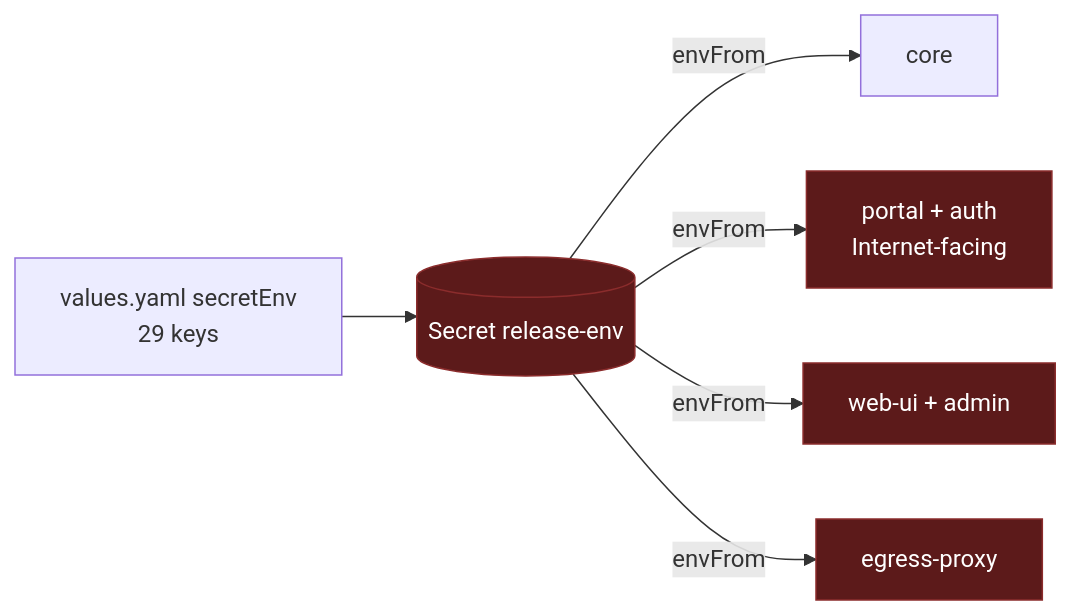
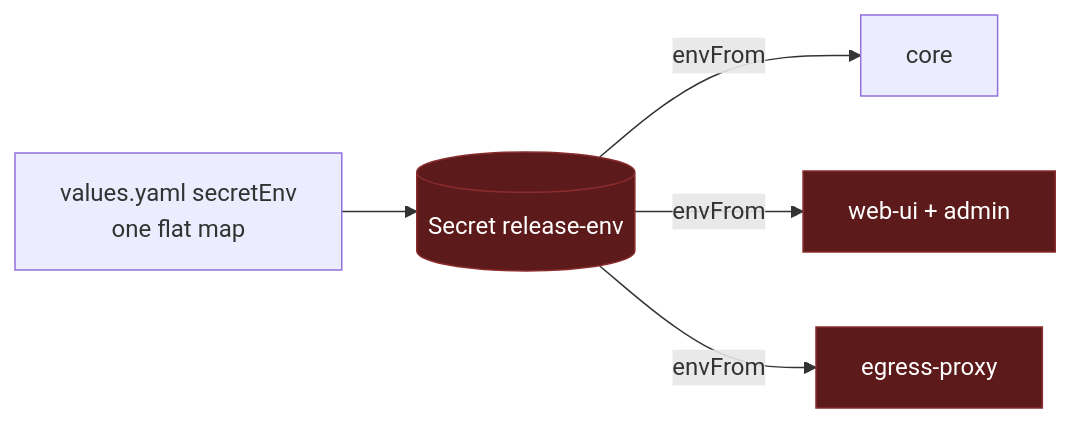
The first of 2 diagrams in docs/helm-per-service-secrets.md (agentsky/qm), drawn with Mermaid before and after one commit. The commit also changed other lines of this file and 421 other files, not shown here.

````diff
--- a/docs/helm-per-service-secrets.md
+++ b/docs/helm-per-service-secrets.md
@@ -42,18 +37,16 @@
 ```mermaid
 graph LR
-  V["values.yaml secretEnv<br/>29 keys"]
+  V["values.yaml secretEnv<br/>one flat map"]
   S[("Secret release-env")]
   Core["core"]
-  Portal["portal + auth<br/>Internet-facing"]
   Web["web-ui + admin"]
   Egress["egress-proxy"]
 
   V --> S
   S -->|"envFrom"| Core
-  S -->|"envFrom"| Portal
   S -->|"envFrom"| Web
   S -->|"envFrom"| Egress
 
   classDef bad fill:#5c1a1a,stroke:#8b2c2c,color:#fff
-  class S,Portal,Web,Egress bad
+  class S,Web,Egress bad
 ```
````
